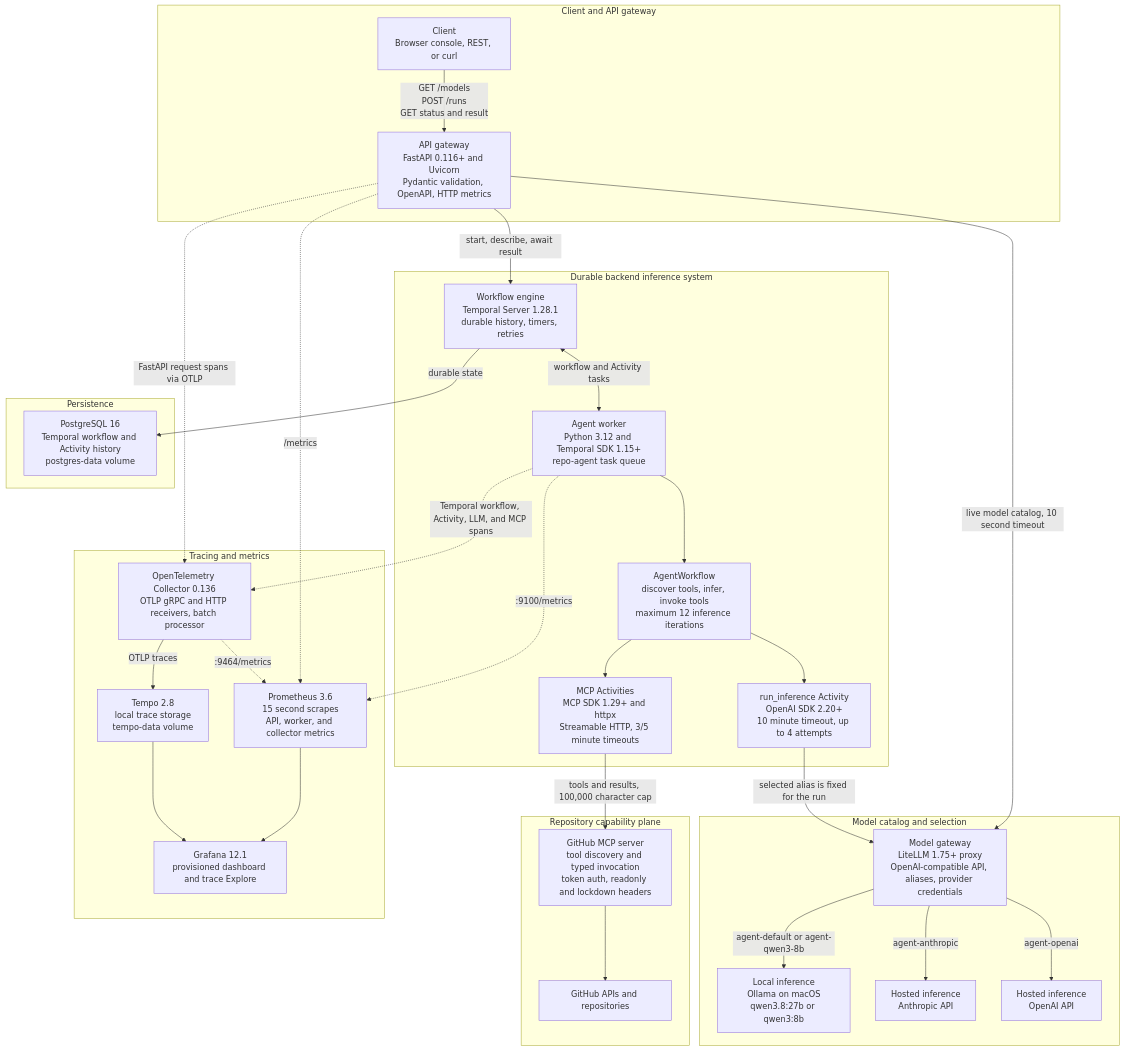
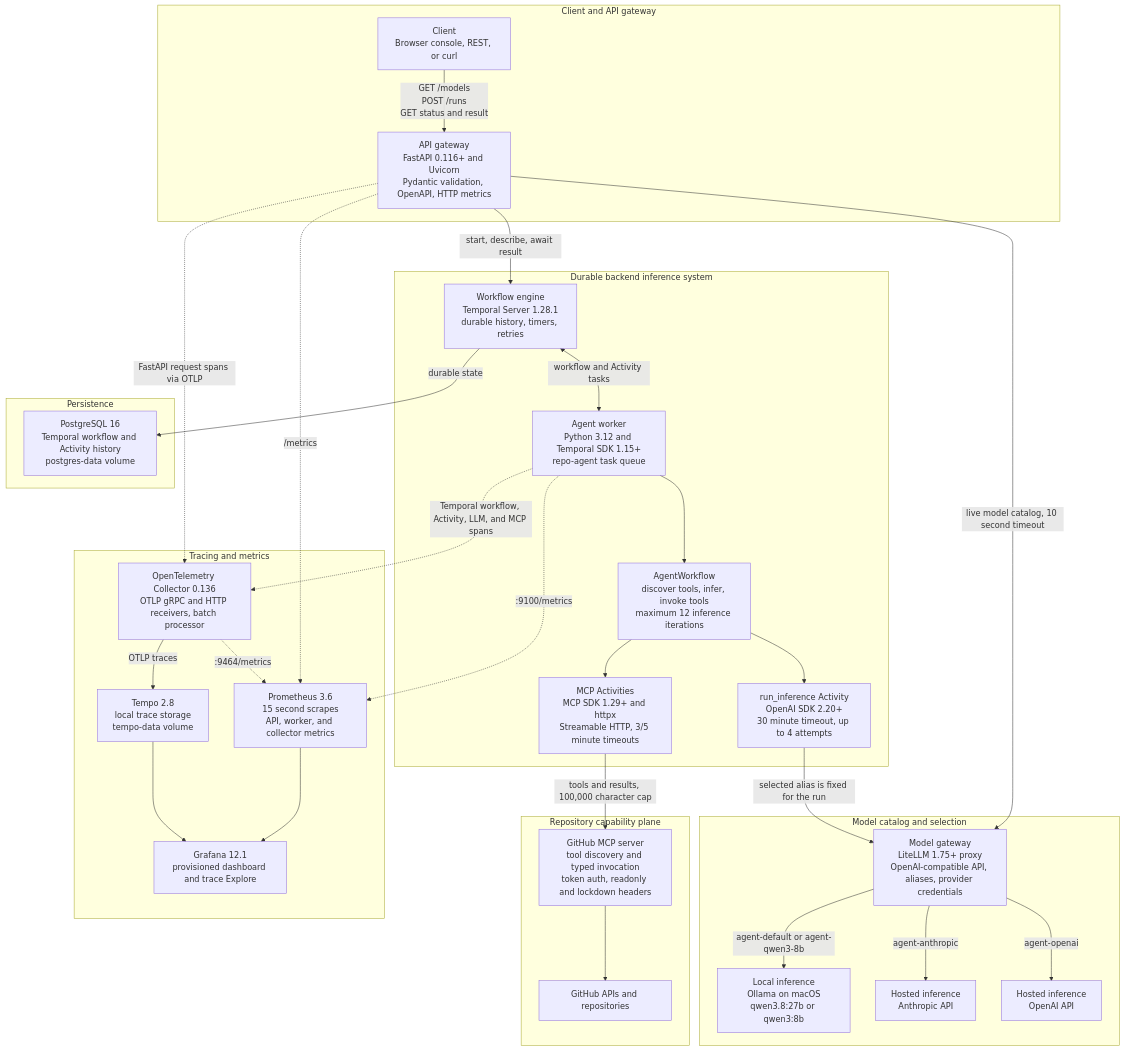
One commit to zyan8808/repo_agent changed the diagram in README.md. Above: the diagram before and after it, drawn with Mermaid. The commit also changed other lines of this file and 19 other files, not shown here.

````diff
--- a/README.md
+++ b/README.md
@@ -25,64 +25,64 @@
 ```mermaid
 flowchart TB
 	subgraph edge["Client and API gateway"]
 		Client["Client<br/>Browser console, REST, or curl"]
 		API["API gateway<br/>FastAPI 0.116+ and Uvicorn<br/>Pydantic validation, OpenAPI, HTTP metrics"]
 		Client -->|"GET /models<br/>POST /runs<br/>GET status and result"| API
 	end
 
 	subgraph backend["Durable backend inference system"]
 		Temporal["Workflow engine<br/>Temporal Server 1.28.1<br/>durable history, timers, retries"]
 		Worker["Agent worker<br/>Python 3.12 and Temporal SDK 1.15+<br/>repo-agent task queue"]
 		Loop["AgentWorkflow<br/>discover tools, infer, invoke tools<br/>maximum 12 inference iterations"]
-		Infer["run_inference Activity<br/>OpenAI SDK 2.20+<br/>10 minute timeout, up to 4 attempts"]
+		Infer["run_inference Activity<br/>OpenAI SDK 2.20+<br/>30 minute timeout, up to 4 attempts"]
 		MCP["MCP Activities<br/>MCP SDK 1.29+ and httpx<br/>Streamable HTTP, 3/5 minute timeouts"]
 
 		Temporal <-->|"workflow and Activity tasks"| Worker
 		Worker --> Loop
 		Loop --> Infer
 		Loop --> MCP
 	end
 
 	subgraph models["Model catalog and selection"]
 		LiteLLM["Model gateway<br/>LiteLLM 1.75+ proxy<br/>OpenAI-compatible API, aliases, provider credentials"]
 		Ollama["Local inference<br/>Ollama on macOS<br/>qwen3.8:27b or qwen3:8b"]
 		Anthropic["Hosted inference<br/>Anthropic API"]
 		OpenAI["Hosted inference<br/>OpenAI API"]
 
 		LiteLLM -->|"agent-default or agent-qwen3-8b"| Ollama
 		LiteLLM -->|"agent-anthropic"| Anthropic
 		LiteLLM -->|"agent-openai"| OpenAI
 	end
 
 	subgraph tools["Repository capability plane"]
 		GitHubMCP["GitHub MCP server<br/>tool discovery and typed invocation<br/>token auth, readonly and lockdown headers"]
 		GitHub["GitHub APIs and repositories"]
 		GitHubMCP --> GitHub
 	end
 
 	subgraph data["Persistence"]
 		Postgres["PostgreSQL 16<br/>Temporal workflow and Activity history<br/>postgres-data volume"]
 	end
 
 	subgraph observe["Tracing and metrics"]
 		Collector["OpenTelemetry Collector 0.136<br/>OTLP gRPC and HTTP receivers, batch processor"]
 		Prometheus["Prometheus 3.6<br/>15 second scrapes<br/>API, worker, and collector metrics"]
 		Tempo["Tempo 2.8<br/>local trace storage<br/>tempo-data volume"]
 		Grafana["Grafana 12.1<br/>provisioned dashboard and trace Explore"]
 
 		Collector -->|"OTLP traces"| Tempo
 		Prometheus --> Grafana
 		Tempo --> Grafana
 	end
 
 	API -->|"start, describe, await result"| Temporal
 	API -->|"live model catalog, 10 second timeout"| LiteLLM
 	Infer -->|"selected alias is fixed for the run"| LiteLLM
 	MCP -->|"tools and results, 100,000 character cap"| GitHubMCP
 	Temporal -->|"durable state"| Postgres
 	API -.->|"FastAPI request spans via OTLP"| Collector
 	Worker -.->|"Temporal workflow, Activity, LLM, and MCP spans"| Collector
 	API -.->|"/metrics"| Prometheus
 	Worker -.->|":9100/metrics"| Prometheus
 	Collector -.->|":9464/metrics"| Prometheus
 ```
````
